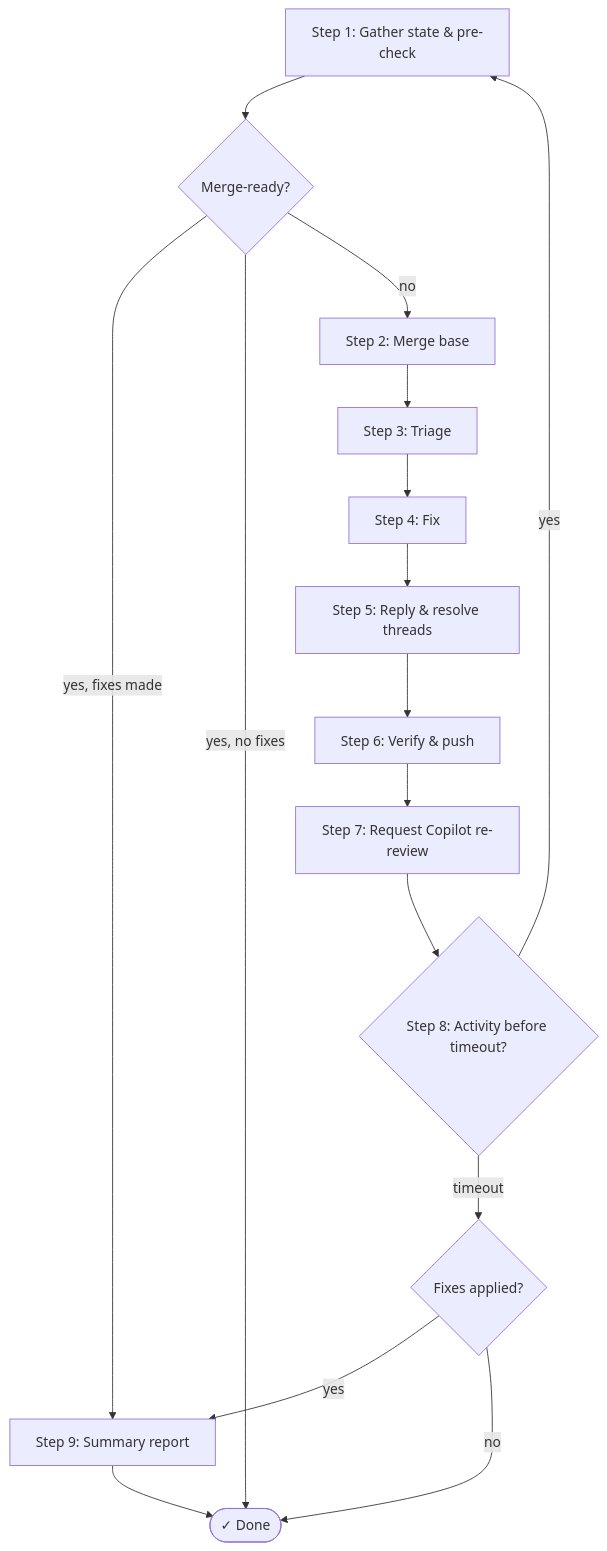
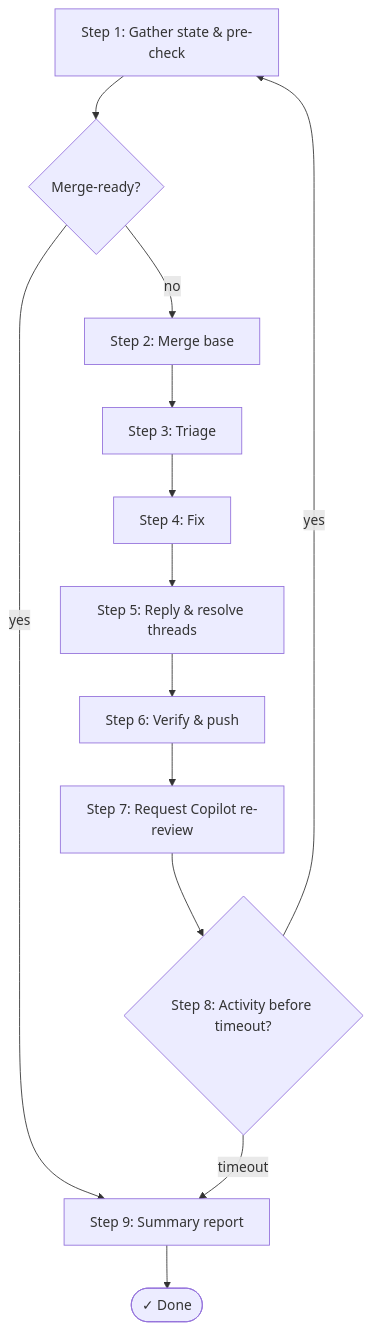
Before and after one commit to rstacruz/agentic-toolkit: the diagram in skills/atk-pr-autofix/SKILL.md, drawn with Mermaid. The commit also changed other lines of this file, not shown here.

Commit message:
fix(atk-pr-autofix): remove spurious backtick escapes in heredoc, update timeout snippet comment

````diff
--- a/skills/atk-pr-autofix/SKILL.md
+++ b/skills/atk-pr-autofix/SKILL.md
@@ -13,21 +13,18 @@
 ```mermaid
 flowchart TD
   S1["Step 1: Gather state & pre-check"]
   Done(["✓ Done"])
 
   S1 --> Gate{"Merge-ready?"}
-  Gate -->|"yes, fixes made"| S9["Step 9: Summary report"]
+  Gate -->|"yes"| S9["Step 9: Summary report"]
   S9 --> Done
-  Gate -->|"yes, no fixes"| Done
   Gate -->|"no"| S2["Step 2: Merge base"]
   S2 --> S3["Step 3: Triage"]
   S3 --> S4["Step 4: Fix"]
   S4 --> S5["Step 5: Reply & resolve threads"]
   S5 --> S6["Step 6: Verify & push"]
   S6 --> S7["Step 7: Request Copilot re-review"]
   S7 --> S8{"Step 8: Activity before timeout?"}
   S8 -->|"yes"| S1
-  S8 -->|"timeout"| TimeoutGate{"Fixes applied?"}
-  TimeoutGate -->|"yes"| S9
-  TimeoutGate -->|"no"| Done
+  S8 -->|"timeout"| S9
 ```
````
